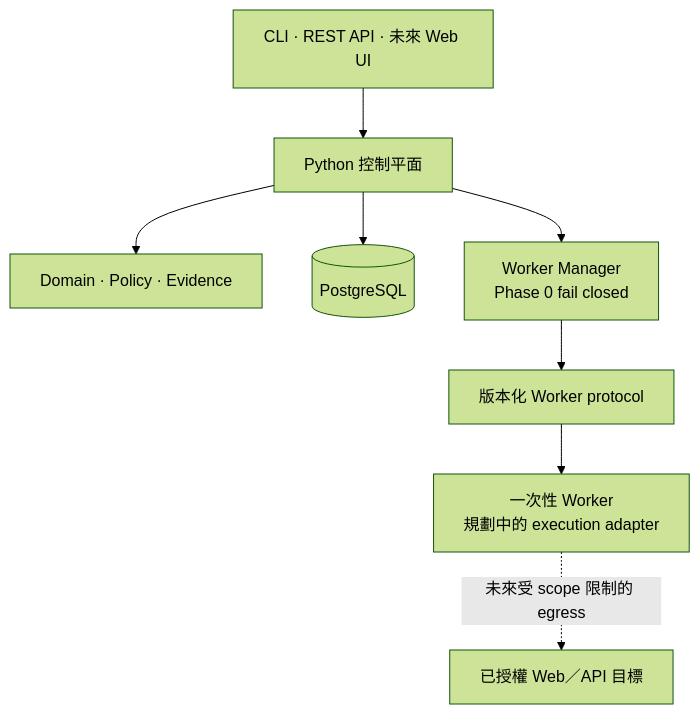
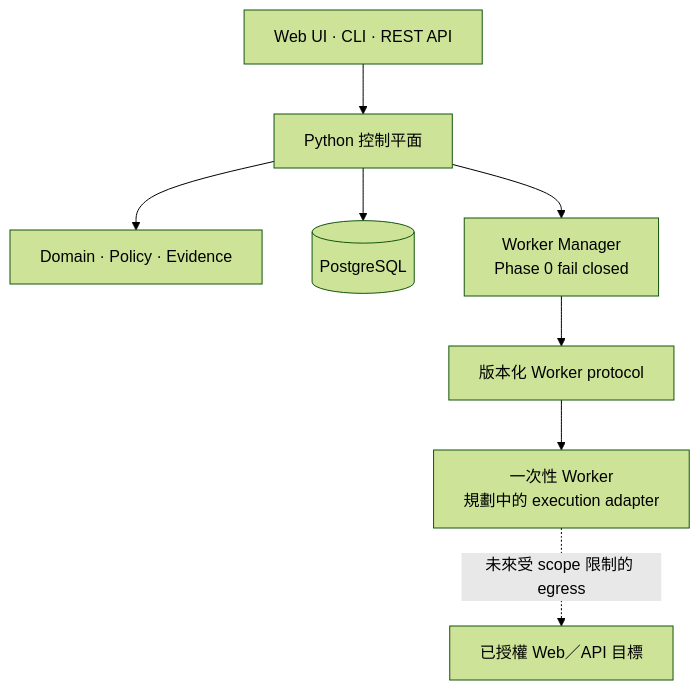
Before and after one commit to and910805/vuln-proof-claw: the diagram in README.zh-TW.md, drawn with Mermaid (forest theme). The commit also changed other lines of this file and 33 other files, not shown here.

````diff
--- a/README.zh-TW.md
+++ b/README.zh-TW.md
@@ -137,10 +139,10 @@
 ```mermaid
 flowchart TD
-    Clients["CLI · REST API · 未來 Web UI"] --> Control["Python 控制平面"]
+    Clients["Web UI · CLI · REST API"] --> Control["Python 控制平面"]
     Control --> Domain["Domain · Policy · Evidence"]
     Control --> Database[("PostgreSQL")]
     Control --> Manager["Worker Manager<br/>Phase 0 fail closed"]
     Manager --> Protocol["版本化 Worker protocol"]
     Protocol --> Worker["一次性 Worker<br/>規劃中的 execution adapter"]
     Worker -. "未來受 scope 限制的 egress" .-> Target["已授權 Web／API 目標"]
 ```
````
